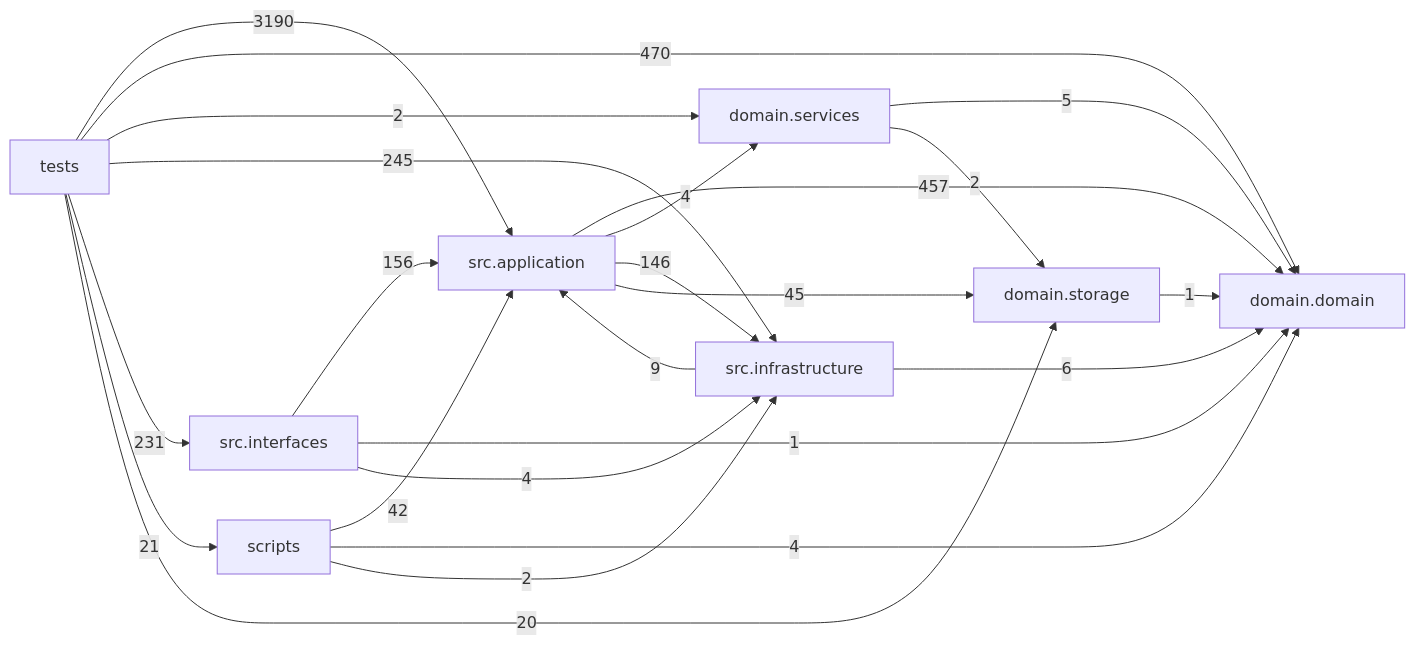
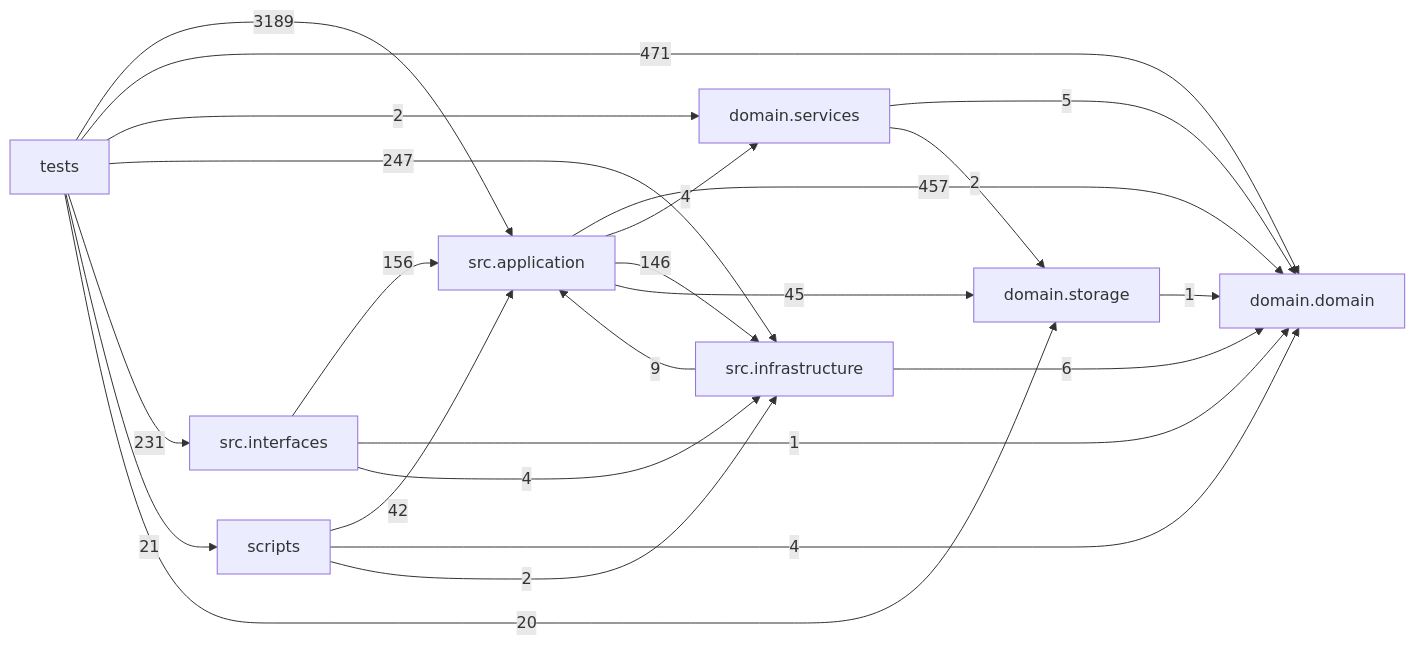
The diagram in docs/DEPENDENCY_GRAPH.md (liuxie066/options-monitor), drawn with Mermaid before and after one commit. The commit also changed other lines of this file and 17 other files, not shown here.

````diff
--- a/docs/DEPENDENCY_GRAPH.md
+++ b/docs/DEPENDENCY_GRAPH.md
@@ -24,33 +24,33 @@
 ```mermaid
 flowchart LR
   tests["tests"]
   scripts["scripts"]
   interfaces["src.interfaces"]
   application["src.application"]
   infrastructure["src.infrastructure"]
   domain_services["domain.services"]
   domain["domain.domain"]
   storage["domain.storage"]
   application -->|457| domain
   application -->|4| domain_services
   application -->|146| infrastructure
   application -->|45| storage
   domain_services -->|5| domain
   domain_services -->|2| storage
   infrastructure -->|9| application
   infrastructure -->|6| domain
   interfaces -->|156| application
   interfaces -->|1| domain
   interfaces -->|4| infrastructure
   scripts -->|42| application
   scripts -->|4| domain
   scripts -->|2| infrastructure
   storage -->|1| domain
-  tests -->|3190| application
-  tests -->|470| domain
+  tests -->|3189| application
+  tests -->|471| domain
   tests -->|2| domain_services
-  tests -->|245| infrastructure
+  tests -->|247| infrastructure
   tests -->|231| interfaces
   tests -->|21| scripts
   tests -->|20| storage
 ```
````
